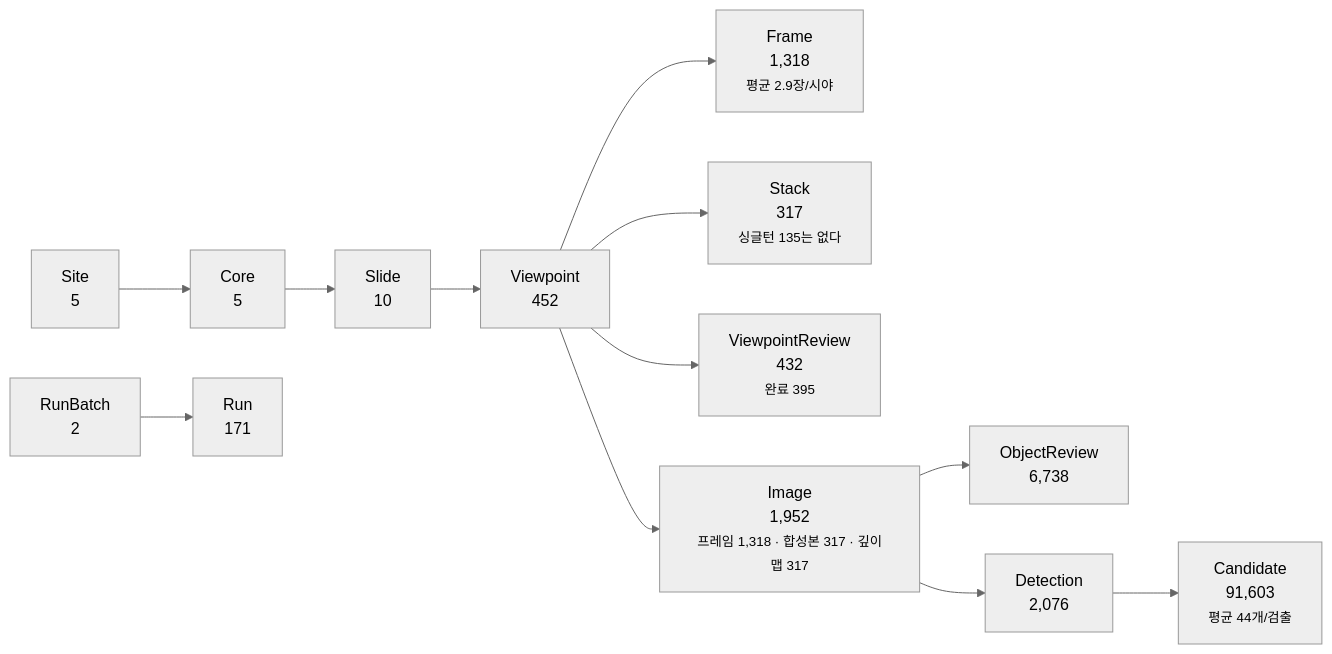
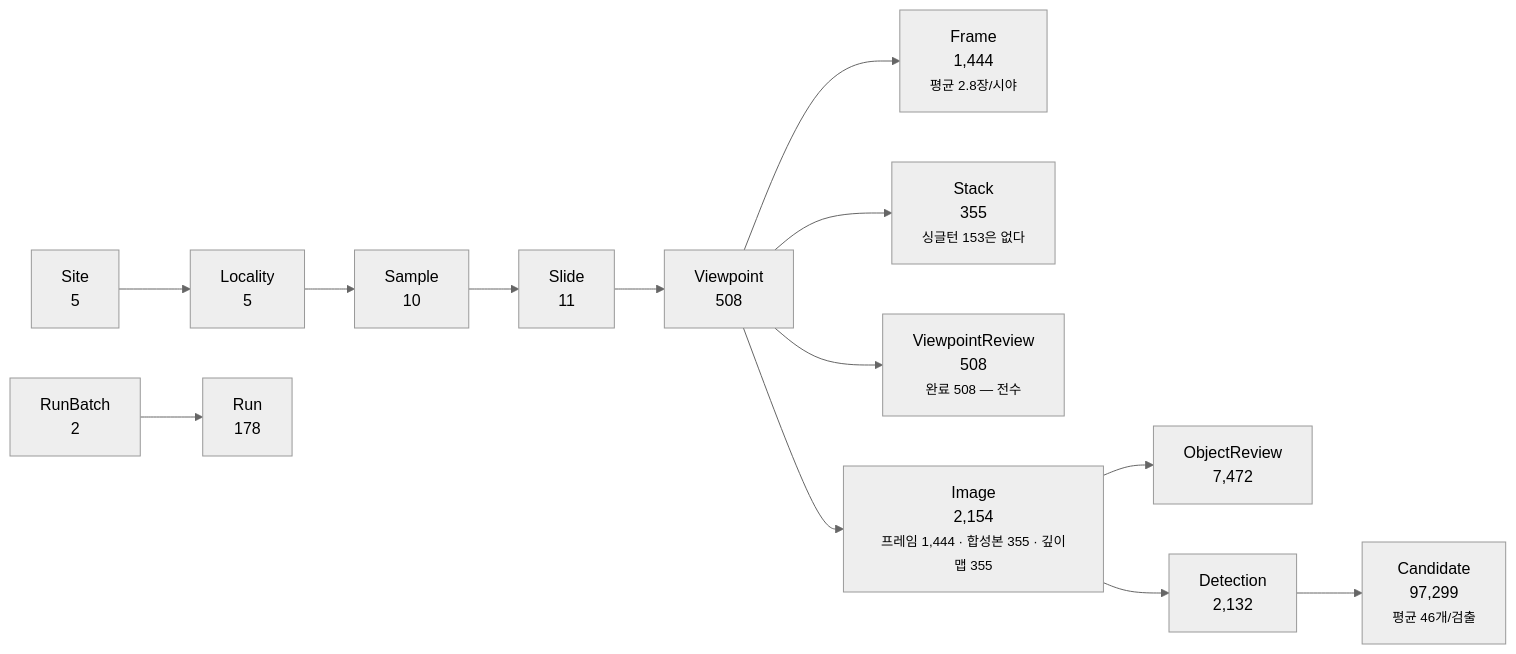
One commit to jikhanjung/DiaRUGA changed the fifth of 5 diagrams in docs/20260804_db-erd.md. Above: the diagram before and after it, drawn with Mermaid (neutral theme). The commit also changed other lines of this file and 21 other files, not shown here.

First line of the commit message:
문서를 새 층에 맞춘다 — devlog 063, HANDOFF·TODOs·CLAUDE·DB 명세·ERD

````diff
--- a/docs/20260804_db-erd.md
+++ b/docs/20260804_db-erd.md
@@ -250,11 +258,11 @@
 ```mermaid
 flowchart LR
-    S["Site<br/>5"] --> C["Core<br/>5"] --> SL["Slide<br/>10"] --> VP["Viewpoint<br/>452"]
-    VP --> F["Frame<br/>1,318<br/><small>평균 2.9장/시야</small>"]
-    VP --> ST["Stack<br/>317<br/><small>싱글턴 135는 없다</small>"]
-    VP --> VR["ViewpointReview<br/>432<br/><small>완료 395</small>"]
-    VP --> IM["Image<br/>1,952<br/><small>프레임 1,318 · 합성본 317 · 깊이맵 317</small>"]
-    IM --> OR["ObjectReview<br/>6,738"]
-    IM --> D["Detection<br/>2,076"] --> CA["Candidate<br/>91,603<br/><small>평균 44개/검출</small>"]
-    RB["RunBatch<br/>2"] --> R["Run<br/>171"]
+    S["Site<br/>5"] --> C["Locality<br/>5"] --> SM["Sample<br/>10"] --> SL["Slide<br/>11"] --> VP["Viewpoint<br/>508"]
+    VP --> F["Frame<br/>1,444<br/><small>평균 2.8장/시야</small>"]
+    VP --> ST["Stack<br/>355<br/><small>싱글턴 153은 없다</small>"]
+    VP --> VR["ViewpointReview<br/>508<br/><small>완료 508 — 전수</small>"]
+    VP --> IM["Image<br/>2,154<br/><small>프레임 1,444 · 합성본 355 · 깊이맵 355</small>"]
+    IM --> OR["ObjectReview<br/>7,472"]
+    IM --> D["Detection<br/>2,132"] --> CA["Candidate<br/>97,299<br/><small>평균 46개/검출</small>"]
+    RB["RunBatch<br/>2"] --> R["Run<br/>178"]
 ```
````
